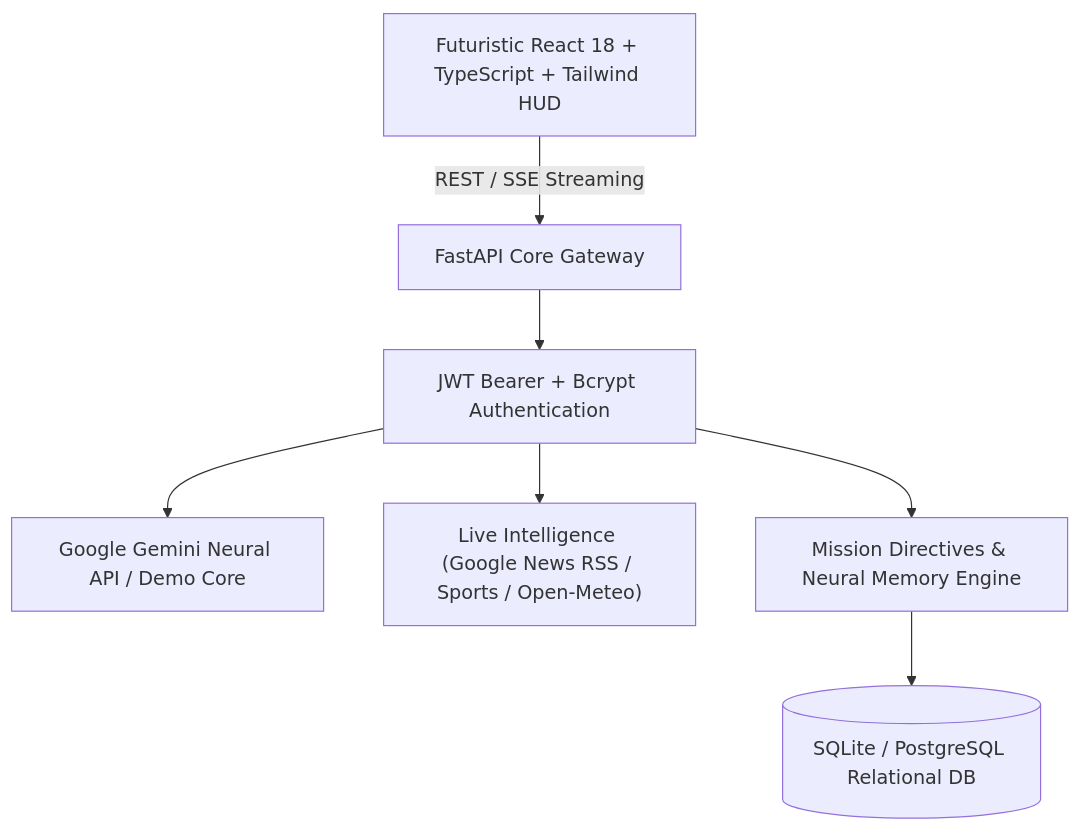
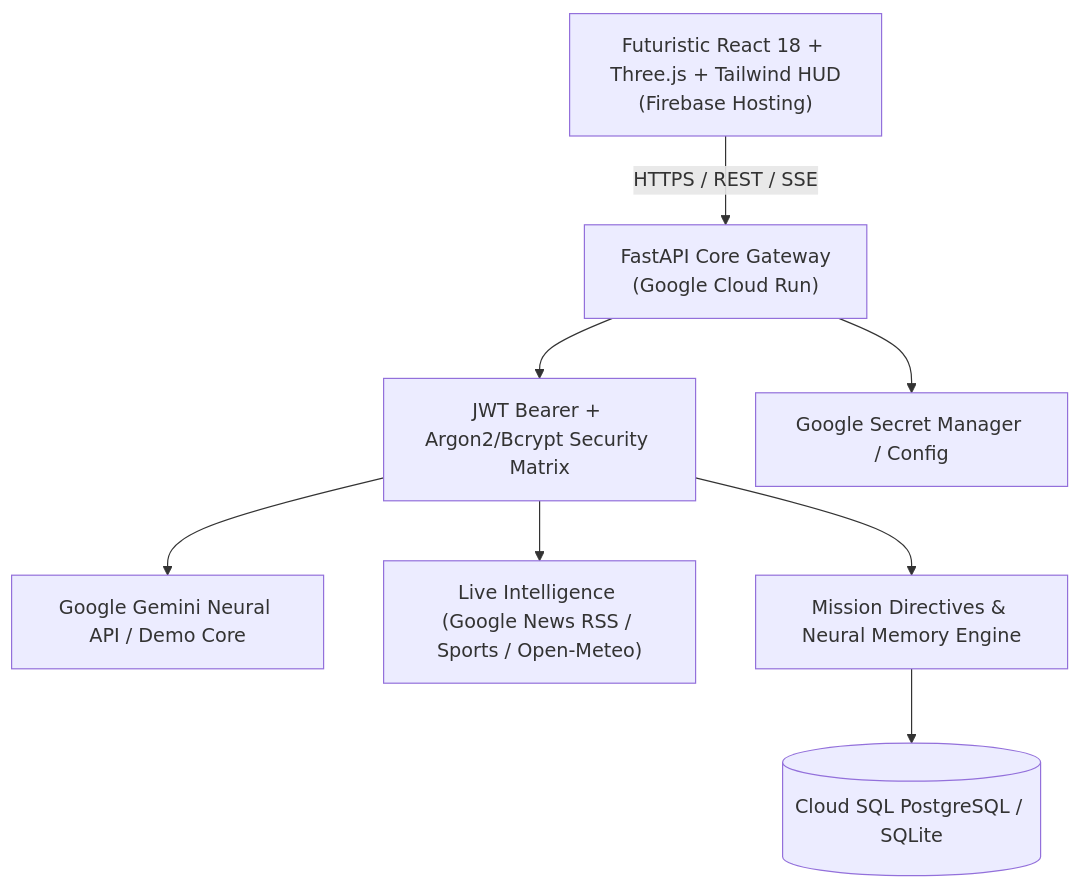
One commit to anangipavan362-dotcom/JARVIS-AI changed the diagram in README.md. Above: the diagram before and after it, drawn with Mermaid. The commit also changed other lines of this file and 28 other files, not shown here.

Commit message:
Transform JARVIS AI: Add 16-section Command Center landing page, real visual infrastructure, Cloud Run Dockerfile, and Alembic migrations

````diff
--- a/README.md
+++ b/README.md
@@ -24,9 +34,10 @@
 ```mermaid
 graph TD
-    Client["Futuristic React 18 + TypeScript + Tailwind HUD"] -->|REST / SSE Streaming| Gateway["FastAPI Core Gateway"]
-    Gateway --> Security["JWT Bearer + Bcrypt Authentication"]
+    Client["Futuristic React 18 + Three.js + Tailwind HUD<br/>(Firebase Hosting)"] -->|HTTPS / REST / SSE| Gateway["FastAPI Core Gateway<br/>(Google Cloud Run)"]
+    Gateway --> Security["JWT Bearer + Argon2/Bcrypt Security Matrix"]
     Security --> AISvc["Google Gemini Neural API / Demo Core"]
     Security --> LiveSvc["Live Intelligence (Google News RSS / Sports / Open-Meteo)"]
     Security --> TaskMem["Mission Directives & Neural Memory Engine"]
-    TaskMem --> DB[(SQLite / PostgreSQL Relational DB)]
+    TaskMem --> DB[(Cloud SQL PostgreSQL / SQLite)]
+    Gateway --> SM["Google Secret Manager / Config"]
 ```
````
